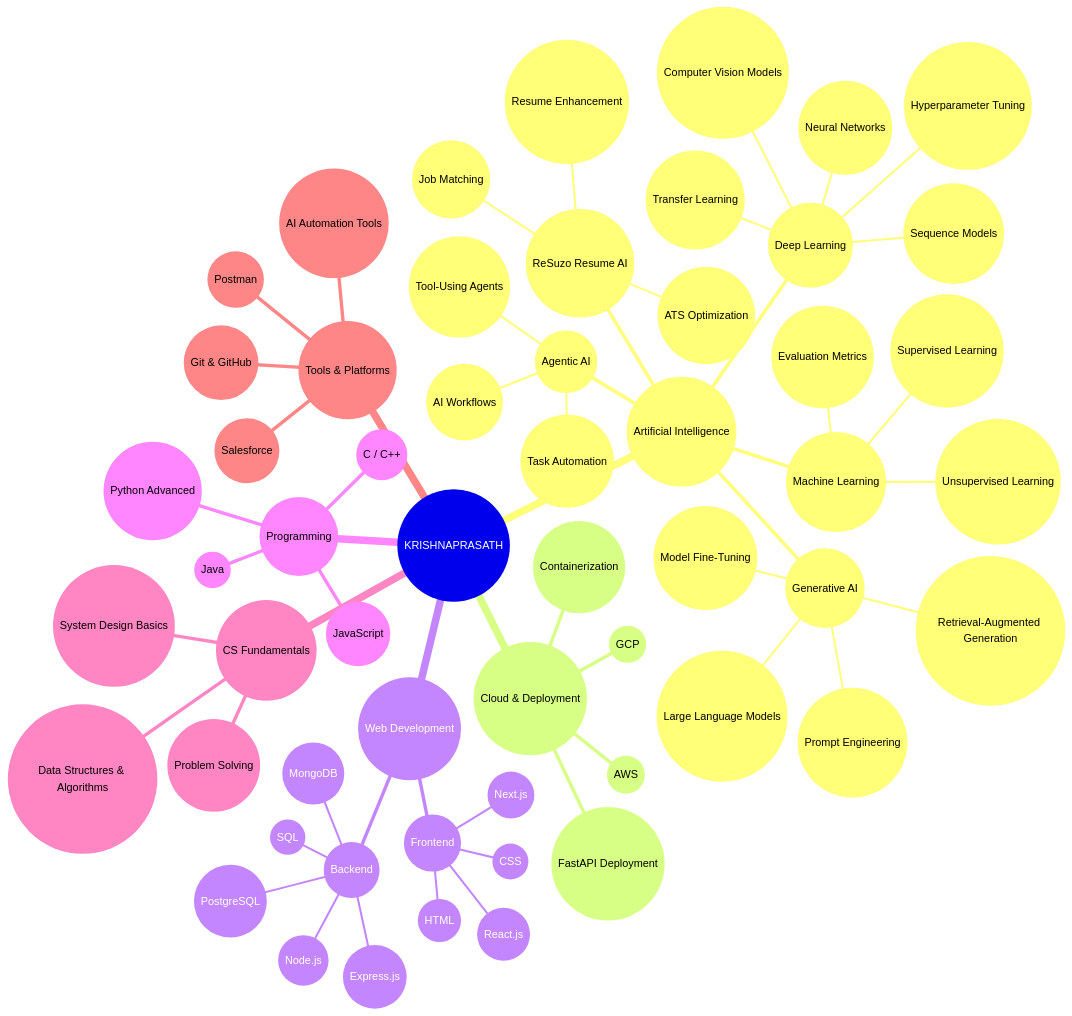
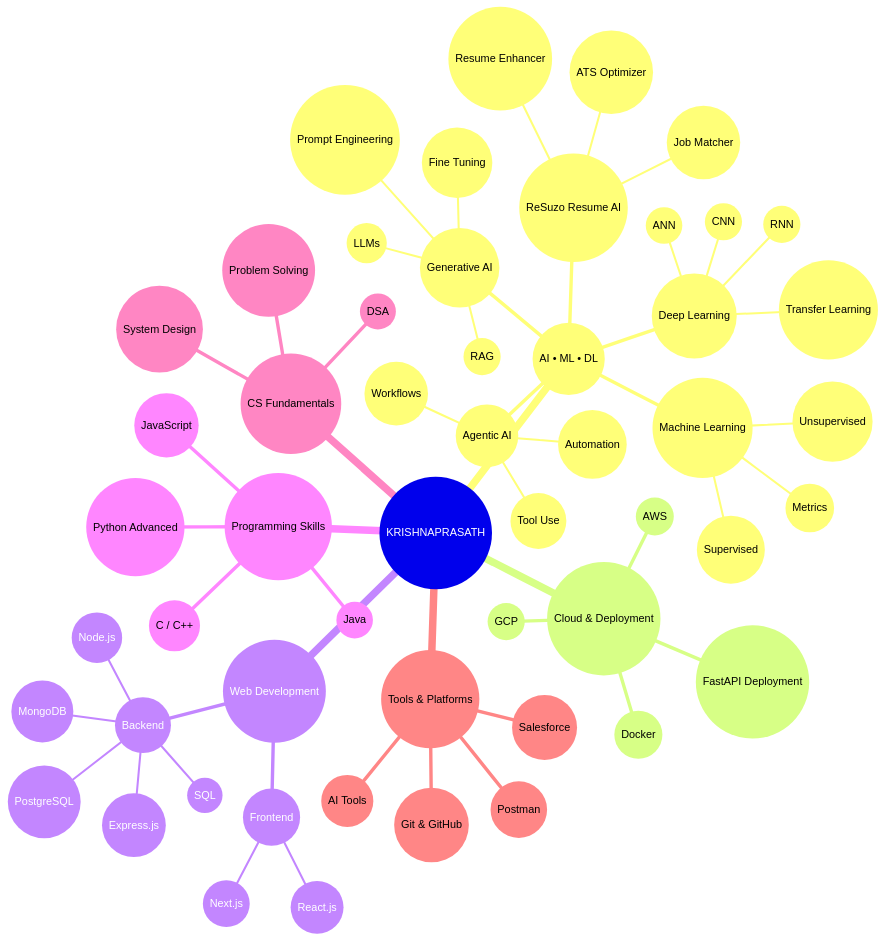
One commit to Krishna4123/Krishna4123 changed the first of 2 diagrams in README.md. Above: the diagram before and after it, drawn with Mermaid.

Commit message:
Revise mind map in README for clarity and detail
Updated mind map to reflect changes in AI/ML categories and added new nodes for skills and tools.

````diff
--- a/README.md
+++ b/README.md
@@ -18,59 +18,65 @@
 ```mermaid
 mindmap
   root((KRISHNAPRASATH))
-    AI_ML((Artificial Intelligence))
+
+    %% Left Side Nodes
+    AI((AI • ML • DL))
       ML((Machine Learning))
-        Supervised((Supervised Learning))
-        Unsupervised((Unsupervised Learning))
-        Metrics((Evaluation Metrics))
-      DeepLearning((Deep Learning))
-        ANN((Neural Networks))
-        CNN((Computer Vision Models))
-        RNN((Sequence Models))
+        Supervised((Supervised))
+        Unsupervised((Unsupervised))
+        Metrics((Metrics))
+      DL((Deep Learning))
+        ANN((ANN))
+        CNN((CNN))
+        RNN((RNN))
         Transfer((Transfer Learning))
-        Optimization((Hyperparameter Tuning))
       GenAI((Generative AI))
-        LLMs((Large Language Models))
+        LLMs((LLMs))
+        RAG((RAG))
         Prompting((Prompt Engineering))
-        FineTune((Model Fine-Tuning))
-        RAG((Retrieval-Augmented Generation))
+        FineTune((Fine Tuning))
       Agentic((Agentic AI))
-        Workflow((AI Workflows))
-        Tools((Tool-Using Agents))
-        Automation((Task Automation))
+        Workflow((Workflows))
+        Tools((Tool Use))
+        Automation((Automation))
       ResumeAI((ReSuzo Resume AI))
-        ATS((ATS Optimization))
-        Matching((Job Matching))
-        Enhancement((Resume Enhancement))
+        ATS((ATS Optimizer))
+        Match((Job Matcher))
+        Enhance((Resume Enhancer))
+
+    %% Right Side Nodes
     Cloud((Cloud & Deployment))
       AWS((AWS))
       GCP((GCP))
-      Deployment((FastAPI Deployment))
-      Docker((Containerization))
+      FastAPI((FastAPI Deployment))
+      Docker((Docker))
+    
     WebDev((Web Development))
       Frontend((Frontend))
-        HTML((HTML))
-        CSS((CSS))
         React((React.js))
         Nextjs((Next.js))
       Backend((Backend))
         Node((Node.js))
         Express((Express.js))
         SQL((SQL))
         MongoDB((MongoDB))
         Postgres((PostgreSQL))
-    Programming((Programming))
+
+    Programming((Programming Skills))
       Python((Python Advanced))
       Java((Java))
-      JavaScript((JavaScript))
-      C_CPP((C / C++))
-    CSFundamentals((CS Fundamentals))
-      DSA((Data Structures & Algorithms))
+      JS((JavaScript))
+      CPP((C / C++))
+
+    CSFund((CS Fundamentals))
+      DSA((DSA))
       ProblemSolving((Problem Solving))
-      Design((System Design Basics))
+      SysDesign((System Design))
+
     Tools((Tools & Platforms))
       Git((Git & GitHub))
       Postman((Postman))
       Salesforce((Salesforce))
-      AITools((AI Automation Tools))
+      AITools((AI Tools))
+
 ```
````
